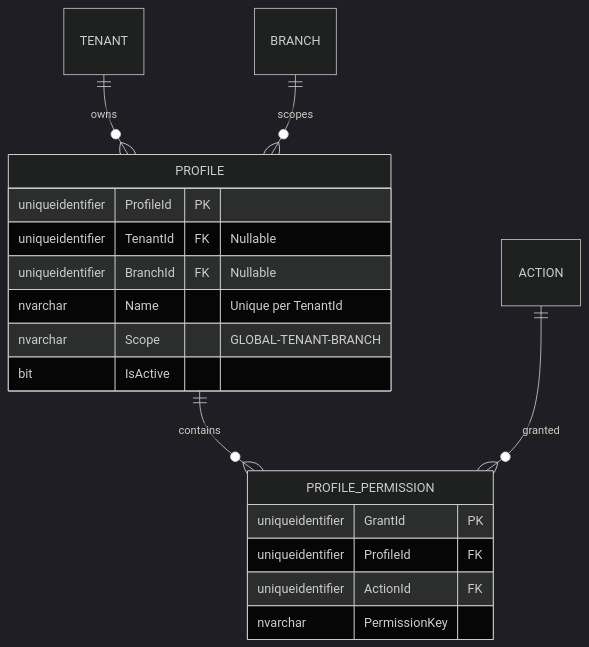
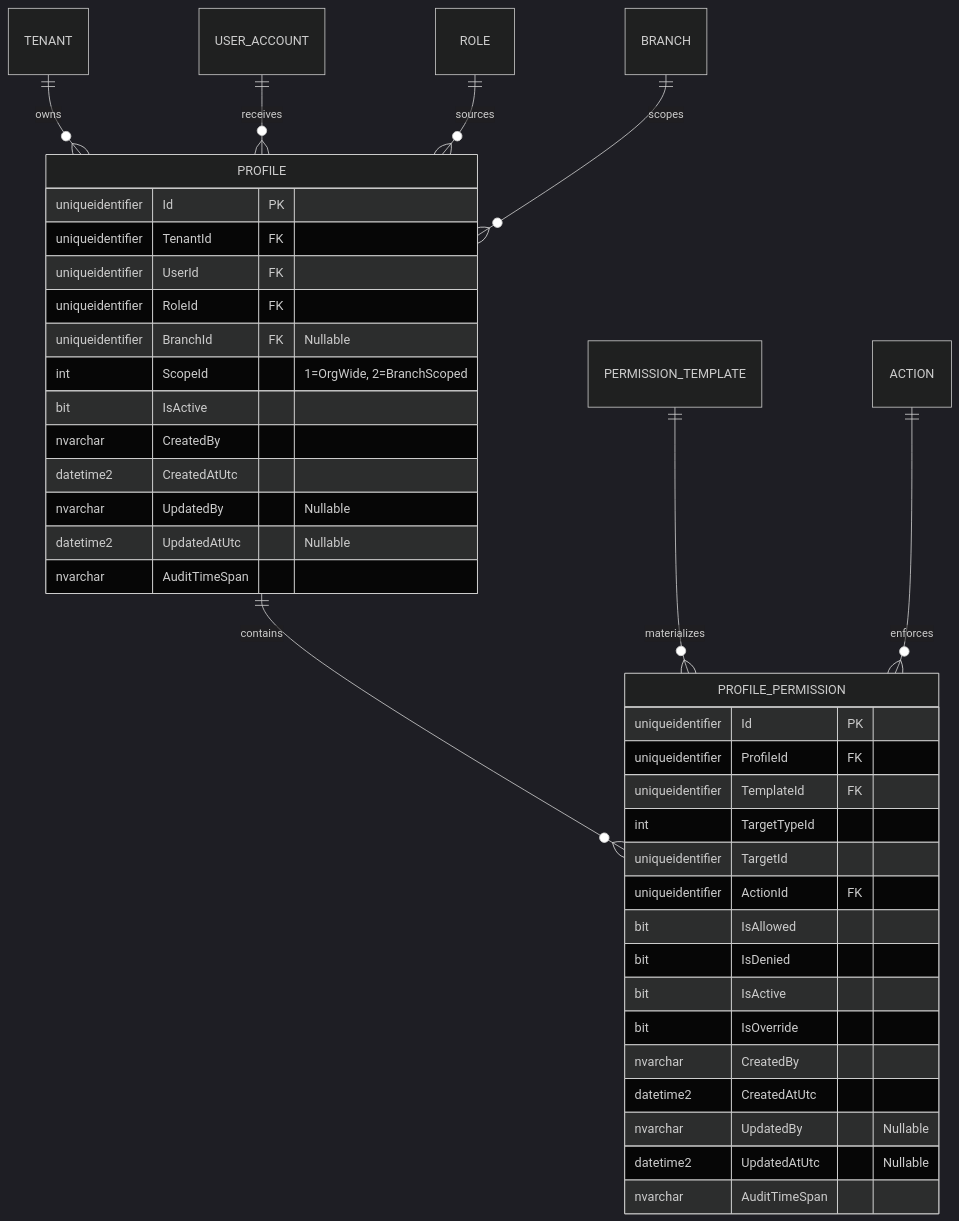
The fourth of 4 diagrams in docs/domain/authorization/profile.md (beyondnetcode/ums), drawn with Mermaid (dark theme) before and after one commit. The commit also changed other lines of this file and 19 other files, not shown here.

````diff
--- a/docs/domain/authorization/profile.md
+++ b/docs/domain/authorization/profile.md
@@ -137,22 +180,42 @@
 ```mermaid
 erDiagram
     PROFILE ||--o{ PROFILE_PERMISSION : "contains"
     TENANT ||--o{ PROFILE : "owns"
+    USER_ACCOUNT ||--o{ PROFILE : "receives"
+    ROLE ||--o{ PROFILE : "sources"
     BRANCH ||--o{ PROFILE : "scopes"
-    ACTION ||--o{ PROFILE_PERMISSION : "granted"
+    PERMISSION_TEMPLATE ||--o{ PROFILE_PERMISSION : "materializes"
+    ACTION ||--o{ PROFILE_PERMISSION : "enforces"
 
     PROFILE {
-        uniqueidentifier ProfileId PK
-        uniqueidentifier TenantId FK "Nullable"
+        uniqueidentifier Id PK
+        uniqueidentifier TenantId FK
+        uniqueidentifier UserId FK
+        uniqueidentifier RoleId FK
         uniqueidentifier BranchId FK "Nullable"
-        nvarchar Name "Unique per TenantId"
-        nvarchar Scope "GLOBAL-TENANT-BRANCH"
+        int ScopeId "1=OrgWide, 2=BranchScoped"
         bit IsActive
+        nvarchar CreatedBy
+        datetime2 CreatedAtUtc
+        nvarchar UpdatedBy "Nullable"
+        datetime2 UpdatedAtUtc "Nullable"
+        nvarchar AuditTimeSpan
     }
     PROFILE_PERMISSION {
-        uniqueidentifier GrantId PK
+        uniqueidentifier Id PK
         uniqueidentifier ProfileId FK
+        uniqueidentifier TemplateId FK
+        int TargetTypeId
+        uniqueidentifier TargetId
         uniqueidentifier ActionId FK
-        nvarchar PermissionKey
+        bit IsAllowed
+        bit IsDenied
+        bit IsActive
+        bit IsOverride
+        nvarchar CreatedBy
+        datetime2 CreatedAtUtc
+        nvarchar UpdatedBy "Nullable"
+        datetime2 UpdatedAtUtc "Nullable"
+        nvarchar AuditTimeSpan
     }
 ```
````
